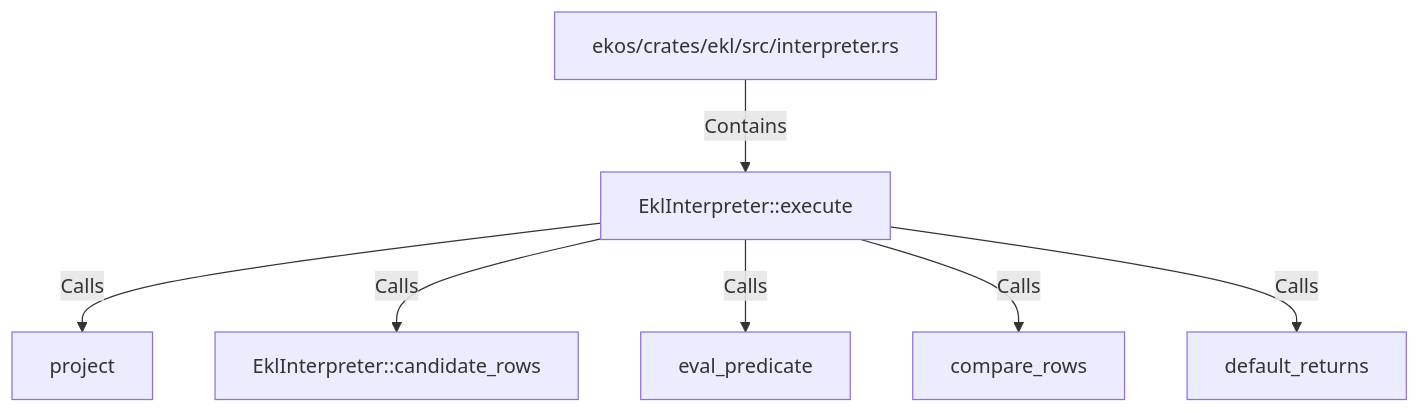
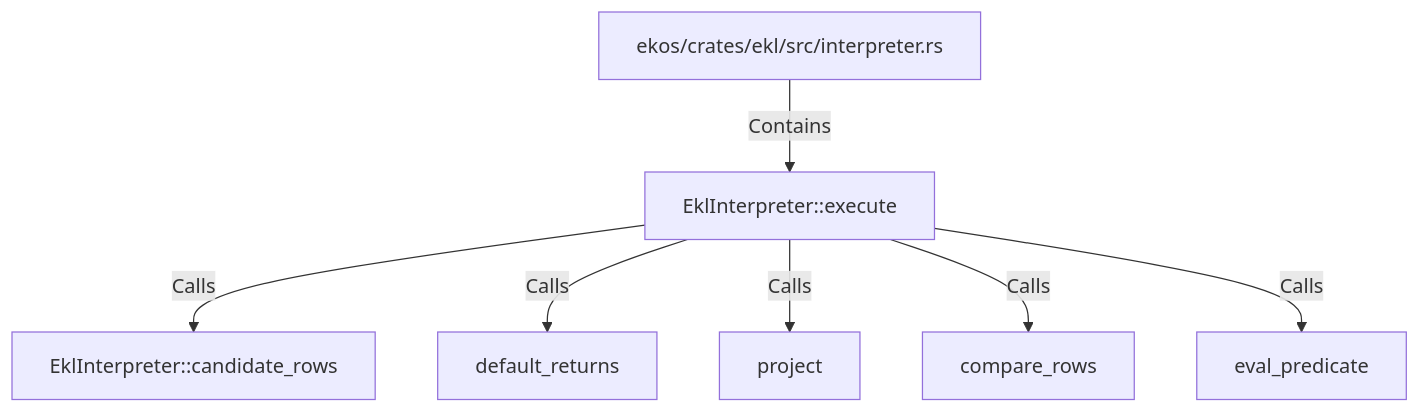
Before and after one commit to alexeyban/EKOS: the diagram in doc/entities/rustsymbol/ek/eklinterpreter-execute.md, drawn with Mermaid. The commit also changed other lines of this file and 552 other files, not shown here.

````diff
--- a/doc/entities/rustsymbol/ek/eklinterpreter-execute.md
+++ b/doc/entities/rustsymbol/ek/eklinterpreter-execute.md
@@ -25,16 +25,16 @@
 ```mermaid
 graph TD
     nfeb95d3d5916525d86e3ad4cee4ff906["EklInterpreter::execute"]
     n9c2cb6e4ee09503f8cf5ccfaf23ecd79["ekos/crates/ekl/src/interpreter.rs"]
     n9c2cb6e4ee09503f8cf5ccfaf23ecd79 -->|Contains| nfeb95d3d5916525d86e3ad4cee4ff906
+    n9f9ddd90331357729e6b1a6c3050ad11["EklInterpreter::candidate_rows"]
+    nfeb95d3d5916525d86e3ad4cee4ff906 -->|Calls| n9f9ddd90331357729e6b1a6c3050ad11
+    ne8072521557d545eb833f3d849872856["default_returns"]
+    nfeb95d3d5916525d86e3ad4cee4ff906 -->|Calls| ne8072521557d545eb833f3d849872856
     n990853c78608562baea0df03bfbfaa73["project"]
     nfeb95d3d5916525d86e3ad4cee4ff906 -->|Calls| n990853c78608562baea0df03bfbfaa73
-    n9f9ddd90331357729e6b1a6c3050ad11["EklInterpreter::candidate_rows"]
-    nfeb95d3d5916525d86e3ad4cee4ff906 -->|Calls| n9f9ddd90331357729e6b1a6c3050ad11
+    n9166302681cb5c5e912c7ffe203d4ed6["compare_rows"]
+    nfeb95d3d5916525d86e3ad4cee4ff906 -->|Calls| n9166302681cb5c5e912c7ffe203d4ed6
     ndb424b5e3b63590d8e63197b48efa89a["eval_predicate"]
     nfeb95d3d5916525d86e3ad4cee4ff906 -->|Calls| ndb424b5e3b63590d8e63197b48efa89a
-    n9166302681cb5c5e912c7ffe203d4ed6["compare_rows"]
-    nfeb95d3d5916525d86e3ad4cee4ff906 -->|Calls| n9166302681cb5c5e912c7ffe203d4ed6
-    ne8072521557d545eb833f3d849872856["default_returns"]
-    nfeb95d3d5916525d86e3ad4cee4ff906 -->|Calls| ne8072521557d545eb833f3d849872856
 ```
````
